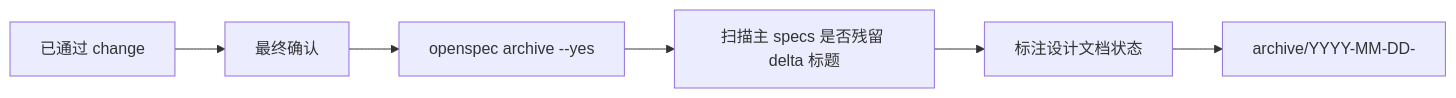
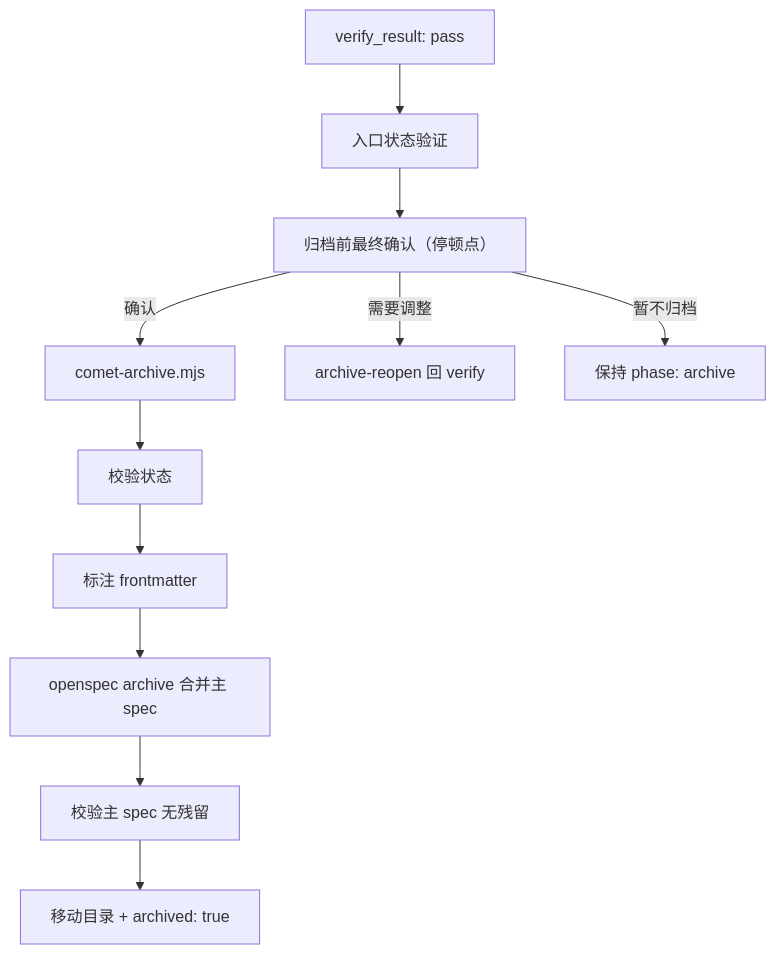
One commit to rpamis/comet-website-docs changed the diagram in zh/phases/archive.mdx. Above: the diagram before and after it, drawn with Mermaid. The commit also changed other lines of this file and 50 other files, not shown here.

````diff
--- a/zh/phases/archive.mdx
+++ b/zh/phases/archive.mdx
@@ -17,8 +62,13 @@
 ```mermaid
-flowchart LR
-  A["已通过 change"] --> B["最终确认"]
-  B --> C["openspec archive <change> --yes"]
-  C --> D["扫描主 specs 是否残留 delta 标题"]
-  D --> E["标注设计文档状态"]
-  E --> F["archive/YYYY-MM-DD-<name>"]
+flowchart TD
+  A["verify_result: pass"] --> B["入口状态验证"]
+  B --> C["归档前最终确认（停顿点）"]
+  C -->|确认| D["comet-archive.mjs"]
+  C -->|需要调整| E["archive-reopen 回 verify"]
+  C -->|暂不归档| F["保持 phase: archive"]
+  D --> G["校验状态"]
+  G --> H["标注 frontmatter"]
+  H --> I["openspec archive 合并主 spec"]
+  I --> J["校验主 spec 无残留"]
+  J --> K["移动目录 + archived: true"]
 ```
````
